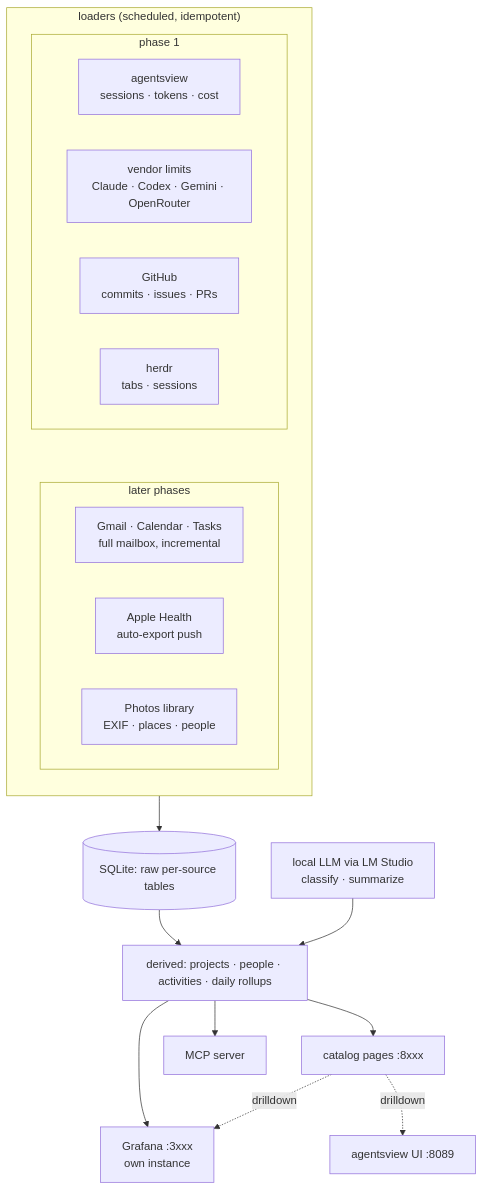
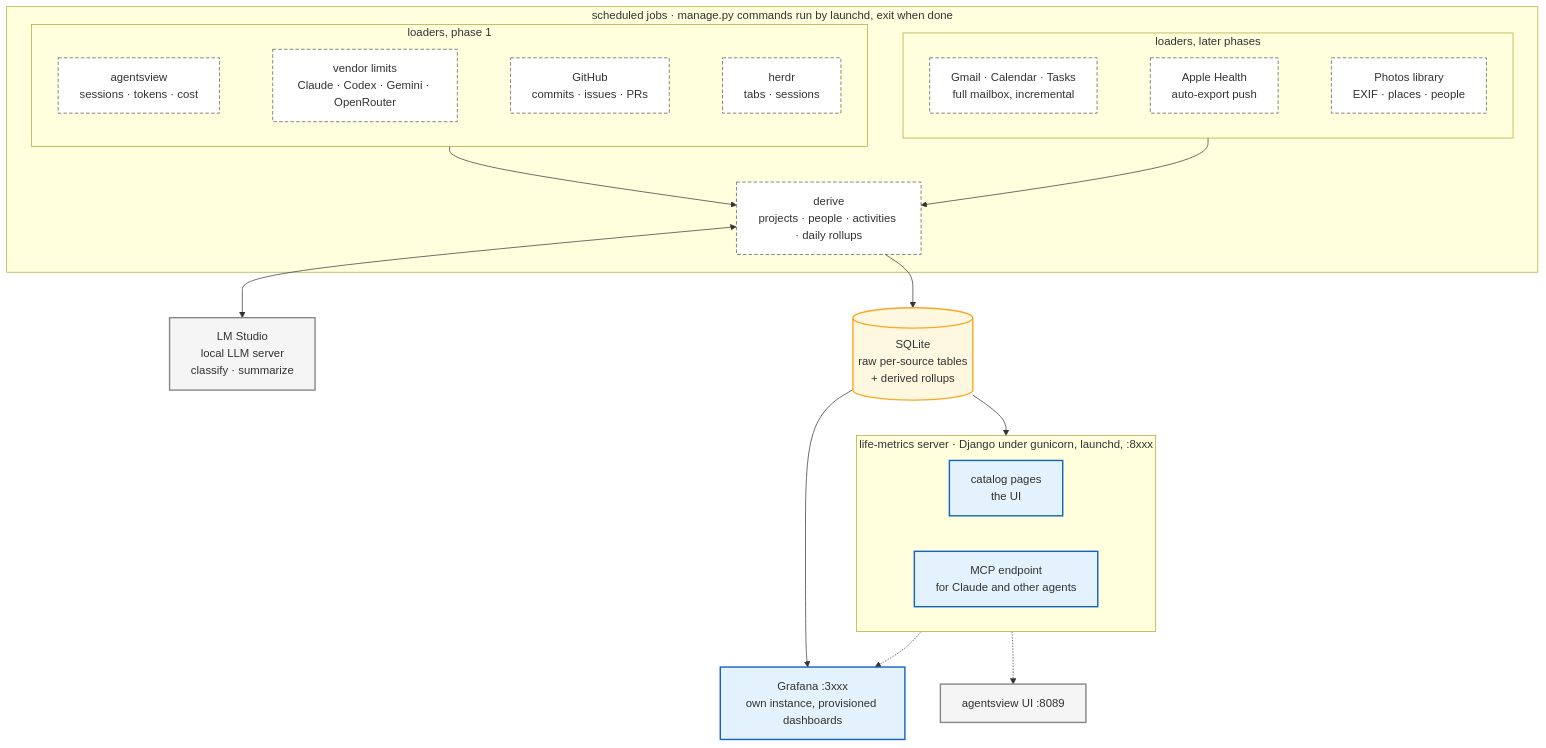
Before and after one commit to sefk/westmarch: the diagram in docs/prd.md, drawn with Mermaid. The commit also changed other lines of this file, not shown here.

Commit message:
PRD: distinguish jobs, servers and external resources in the diagram
Phases side by side, LM Studio as a two-way resource, the Django server
box made explicit, legend added.

Claude-Session: https://claude.ai/code/session_015QQk2n8JZNthfW4qbVSCJC

````diff
--- a/docs/prd.md
+++ b/docs/prd.md
@@ -49,28 +49,40 @@
 ```mermaid
 flowchart TB
-  subgraph loaders["loaders (scheduled, idempotent)"]
-    direction TB
-    subgraph p1["phase 1"]
-      direction LR
-      AV[agentsview<br/>sessions · tokens · cost]
-      LIM[vendor limits<br/>Claude · Codex · Gemini · OpenRouter]
-      GH[GitHub<br/>commits · issues · PRs]
-      HR[herdr<br/>tabs · sessions]
+  classDef job fill:#fff,stroke:#555,stroke-dasharray:5 3
+  classDef server fill:#e3f2fd,stroke:#1565c0,stroke-width:2px
+  classDef external fill:#f5f5f5,stroke:#888,stroke-width:2px
+  classDef data fill:#fff8e1,stroke:#f9a825,stroke-width:2px
+
+  subgraph jobs["scheduled jobs · manage.py commands run by launchd, exit when done"]
+    subgraph p2["loaders, later phases"]
+      GM[Gmail · Calendar · Tasks<br/>full mailbox, incremental] ~~~ AH[Apple Health<br/>auto-export push] ~~~ PH[Photos library<br/>EXIF · places · people]
     end
-    subgraph p2["later phases"]
-      direction LR
-      GM[Gmail · Calendar · Tasks<br/>full mailbox, incremental]
-      AH[Apple Health<br/>auto-export push]
-      PH[Photos library<br/>EXIF · places · people]
+    subgraph p1["loaders, phase 1"]
+      AV[agentsview<br/>sessions · tokens · cost] ~~~ LIM[vendor limits<br/>Claude · Codex · Gemini · OpenRouter] ~~~ GH[GitHub<br/>commits · issues · PRs] ~~~ HR[herdr<br/>tabs · sessions]
     end
-    p1 ~~~ p2
+    DERIVE[derive<br/>projects · people · activities · daily rollups]
+    p1 --> DERIVE
+    p2 --> DERIVE
   end
-  loaders --> RAW[(SQLite: raw per-source tables)]
-  RAW --> D[derived: projects · people · activities · daily rollups]
-  D --> CAT[catalog pages :8xxx]
-  D --> GRAF[Grafana :3xxx<br/>own instance]
-  D --> MCP[MCP server]
-  LLM[local LLM via LM Studio<br/>classify · summarize] --> D
-  CAT -.drilldown.-> GRAF
-  CAT -.drilldown.-> AVUI[agentsview UI :8089]
+  class AV,LIM,GH,HR,GM,AH,PH,DERIVE job
+
+  LLM[LM Studio<br/>local LLM server<br/>classify · summarize]:::external
+  DERIVE <--> LLM
+
+  DB[(SQLite<br/>raw per-source tables<br/>+ derived rollups)]:::data
+  DERIVE --> DB
+
+  subgraph web["life-metrics server · Django under gunicorn, launchd, :8xxx"]
+
+    CAT[catalog pages<br/>the UI]
+    MCP[MCP endpoint<br/>for Claude and other agents]
+  end
+  class CAT,MCP server
+  DB --> web
+
+  GRAF[Grafana :3xxx<br/>own instance, provisioned dashboards]:::server
+  AVUI[agentsview UI :8089]:::external
+  DB --> GRAF
+  web -.-> GRAF
+  web -.-> AVUI
 ```
````
